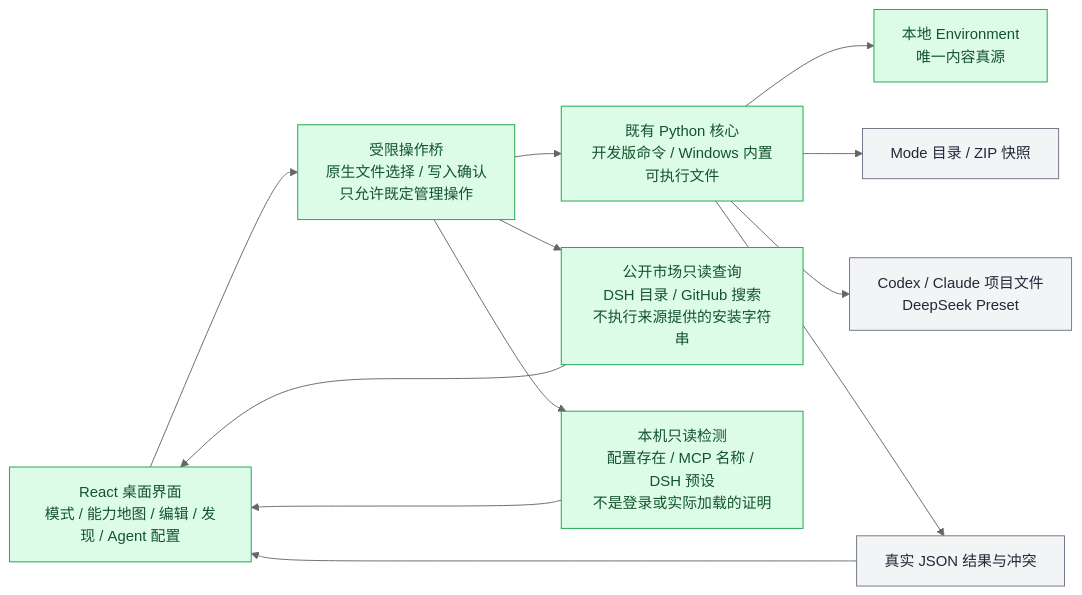
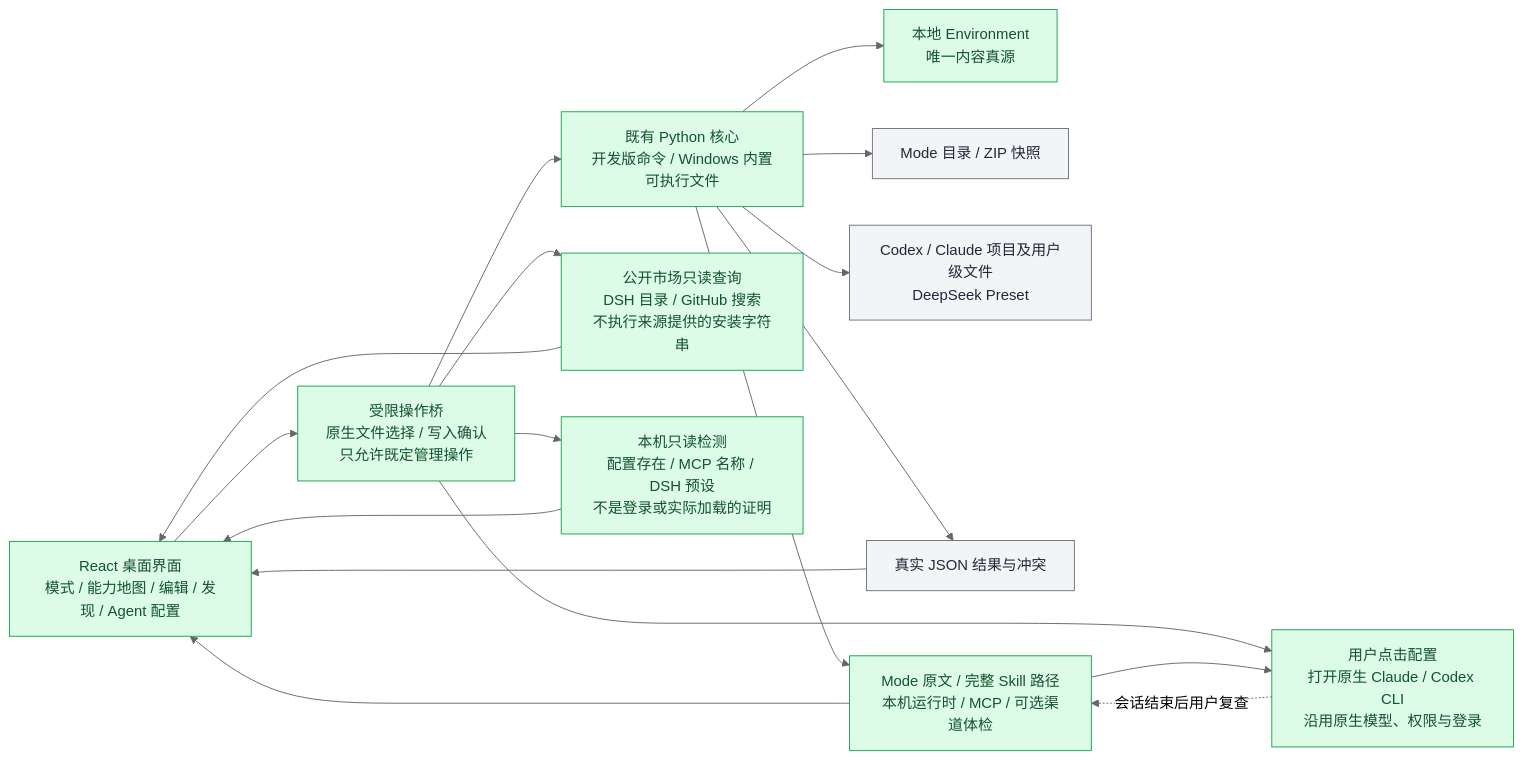
The seventh of 20 diagrams in docs/asl-architecture-views.md (qihangzhang-272/asl-harness), drawn with Mermaid (neutral theme) before and after one commit. The commit also changed other lines of this file and 11 other files, not shown here.

````diff
--- a/docs/asl-architecture-views.md
+++ b/docs/asl-architecture-views.md
@@ -567,18 +592,23 @@
 ```mermaid
 flowchart LR
     UI["React 桌面界面<br/>模式 / 能力地图 / 编辑 / 发现 / Agent 配置"] --> IPC["受限操作桥<br/>原生文件选择 / 写入确认<br/>只允许既定管理操作"]
     IPC --> CORE["既有 Python 核心<br/>开发版命令 / Windows 内置可执行文件"]
     CORE --> ENV["本地 Environment<br/>唯一内容真源"]
     CORE --> PACK["Mode 目录 / ZIP 快照"]
-    CORE --> HOST["Codex / Claude 项目文件<br/>DeepSeek Preset"]
+    CORE --> HOST["Codex / Claude 项目及用户级文件<br/>DeepSeek Preset"]
     CORE --> RESULT["真实 JSON 结果与冲突"]
     IPC --> MARKET["公开市场只读查询<br/>DSH 目录 / GitHub 搜索<br/>不执行来源提供的安装字符串"]
     IPC --> NATIVE["本机只读检测<br/>配置存在 / MCP 名称 / DSH 预设<br/>不是登录或实际加载的证明"]
+    CORE --> CHECK["Mode 原文 / 完整 Skill 路径<br/>本机运行时 / MCP / 可选渠道体检"]
+    IPC --> ASSIST["用户点击配置<br/>打开原生 Claude / Codex CLI<br/>沿用原生模型、权限与登录"]
+    CHECK --> ASSIST
+    ASSIST -.会话结束后用户复查.-> CHECK
+    CHECK --> UI
     MARKET --> UI
     NATIVE --> UI
     RESULT --> UI
     classDef done fill:#dcfce7,stroke:#16a34a,color:#14532d;
     classDef generated fill:#f3f4f6,stroke:#6b7280,color:#1f2937;
-    class UI,IPC,CORE,ENV,MARKET,NATIVE done;
+    class UI,IPC,CORE,ENV,MARKET,NATIVE,CHECK,ASSIST done;
     class PACK,HOST,RESULT generated;
 ```
````
